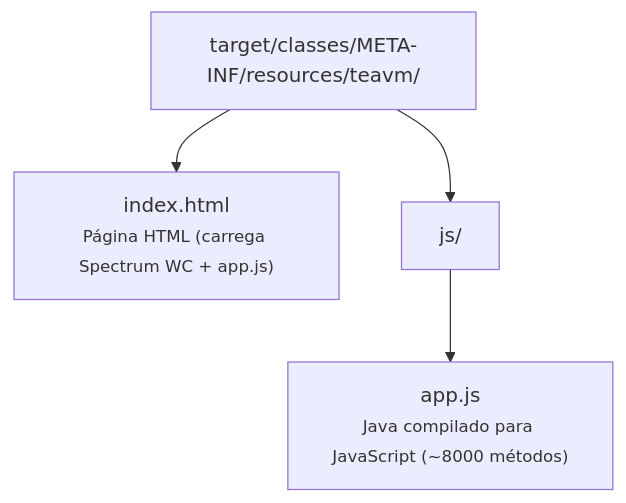
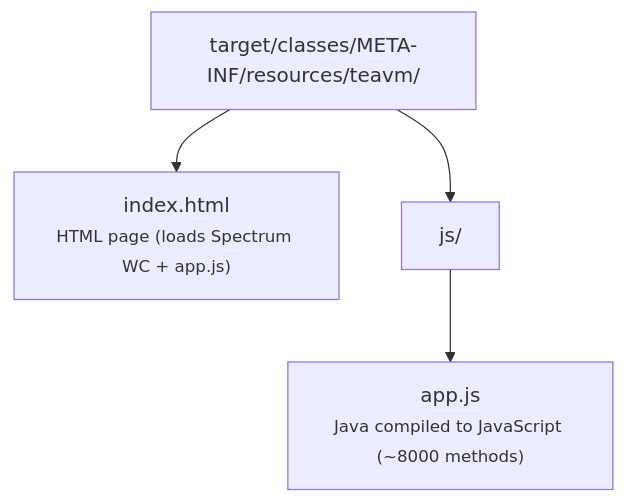
Before and after one commit to mrcdom/wdc-cube-java-v2: the second of 3 diagrams in fontes/br.com.wdc.shopping/br.com.wdc.shopping.view.teavm/teavm.web/README.md, drawn with Mermaid. The commit also changed other lines of this file and 69 other files, not shown here.

````diff
--- a/fontes/br.com.wdc.shopping/br.com.wdc.shopping.view.teavm/teavm.web/README.md
+++ b/fontes/br.com.wdc.shopping/br.com.wdc.shopping.view.teavm/teavm.web/README.md
@@ -110,11 +110,11 @@
 ```mermaid
 graph TD
     root["target/classes/META-INF/resources/teavm/"]
-    indexHtml["index.html<br/><small>Página HTML (carrega Spectrum WC + app.js)</small>"]
+    indexHtml["index.html<br/><small>HTML page (loads Spectrum WC + app.js)</small>"]
     js["js/"]
-    appJs["app.js<br/><small>Java compilado para JavaScript (~8000 métodos)</small>"]
+    appJs["app.js<br/><small>Java compiled to JavaScript (~8000 methods)</small>"]
 
     root --> indexHtml
     root --> js
     js --> appJs
 ```
````
